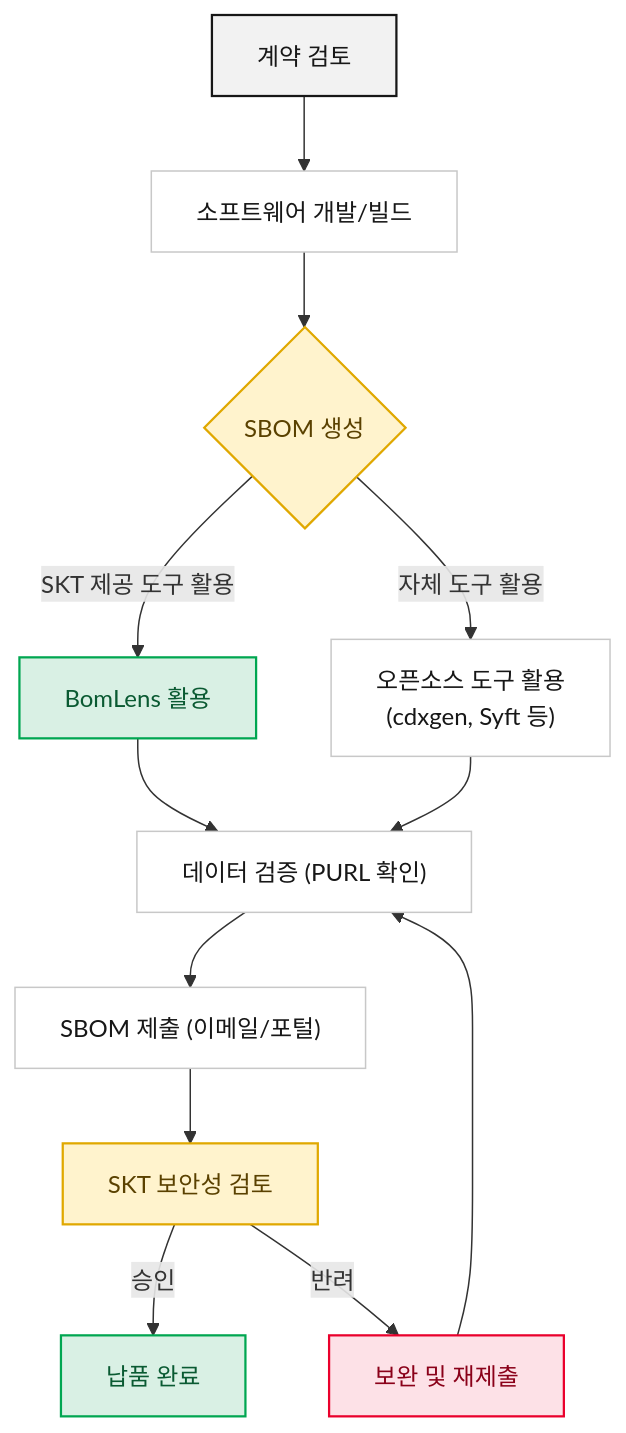
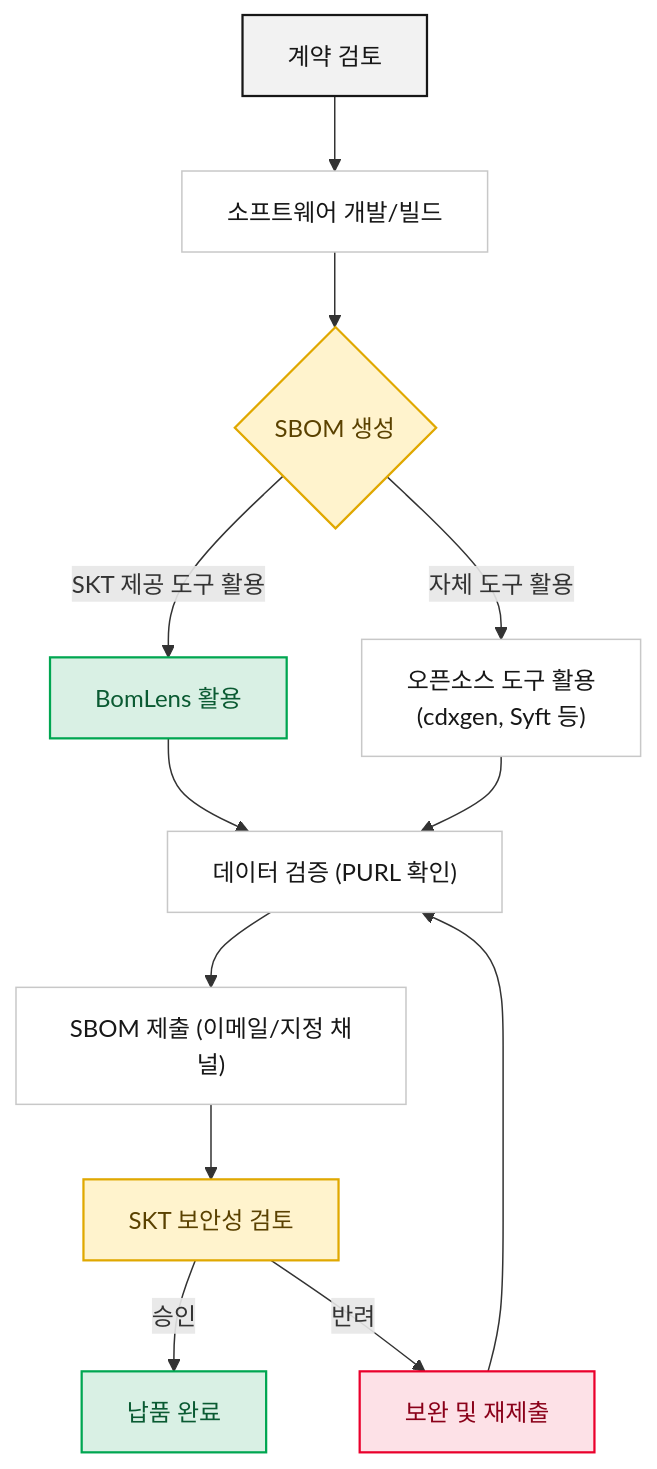
One commit to sktelecom/sktelecom.github.io changed the diagram in content/ko/guide/supply-chain/for-suppliers/_index.md. Above: the diagram before and after it, drawn with Mermaid. The commit also changed 5 other files, not shown here.

````diff
--- a/content/ko/guide/supply-chain/for-suppliers/_index.md
+++ b/content/ko/guide/supply-chain/for-suppliers/_index.md
@@ -35,27 +35,27 @@
 ```mermaid
 flowchart TD
     A[계약 검토] --> B["소프트웨어 개발/빌드"]
     B --> C{SBOM 생성}
     C -->|SKT 제공 도구 활용| D[BomLens 활용]
     C -->|자체 도구 활용| E["오픈소스 도구 활용<br>(cdxgen, Syft 등)"]
     D --> F["데이터 검증 (PURL 확인)"]
     E --> F
-    F --> G["SBOM 제출 (이메일/포털)"]
+    F --> G["SBOM 제출 (이메일/지정 채널)"]
     G --> H[SKT 보안성 검토]
     H -->|승인| I[납품 완료]
     H -->|반려| J[보완 및 재제출]
     J --> F
 
     classDef start fill:#F2F2F2,stroke:#171717,color:#171717,stroke-width:1.5px
     classDef proc fill:#ffffff,stroke:#c8c8c8,color:#171717,stroke-width:1px
     classDef decision fill:#FFF3CD,stroke:#E0A800,color:#5A4100,stroke-width:1.5px
     classDef good fill:#D9F0E4,stroke:#00A651,color:#0A5A32,stroke-width:1.5px
     classDef danger fill:#FDE1E7,stroke:#EA002C,color:#8A0019,stroke-width:1.5px
 
     class A start
     class B,E,F,G proc
     class C,H decision
     class D,I good
     class J danger
 
 ```
````
